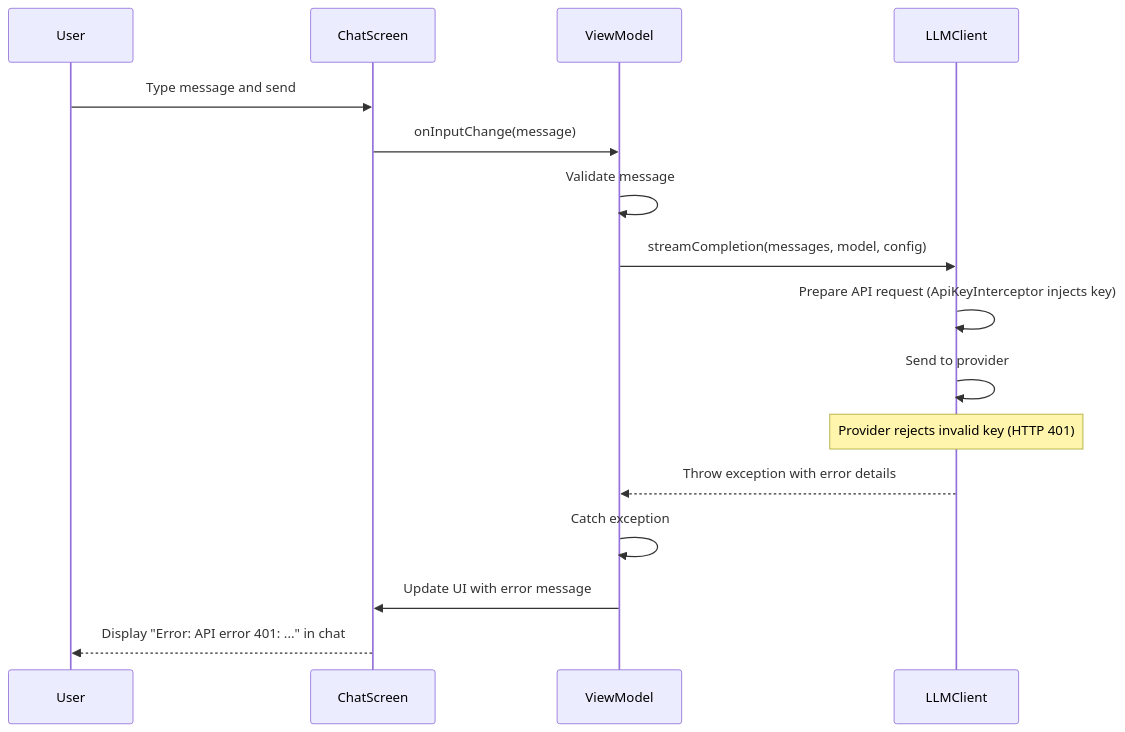
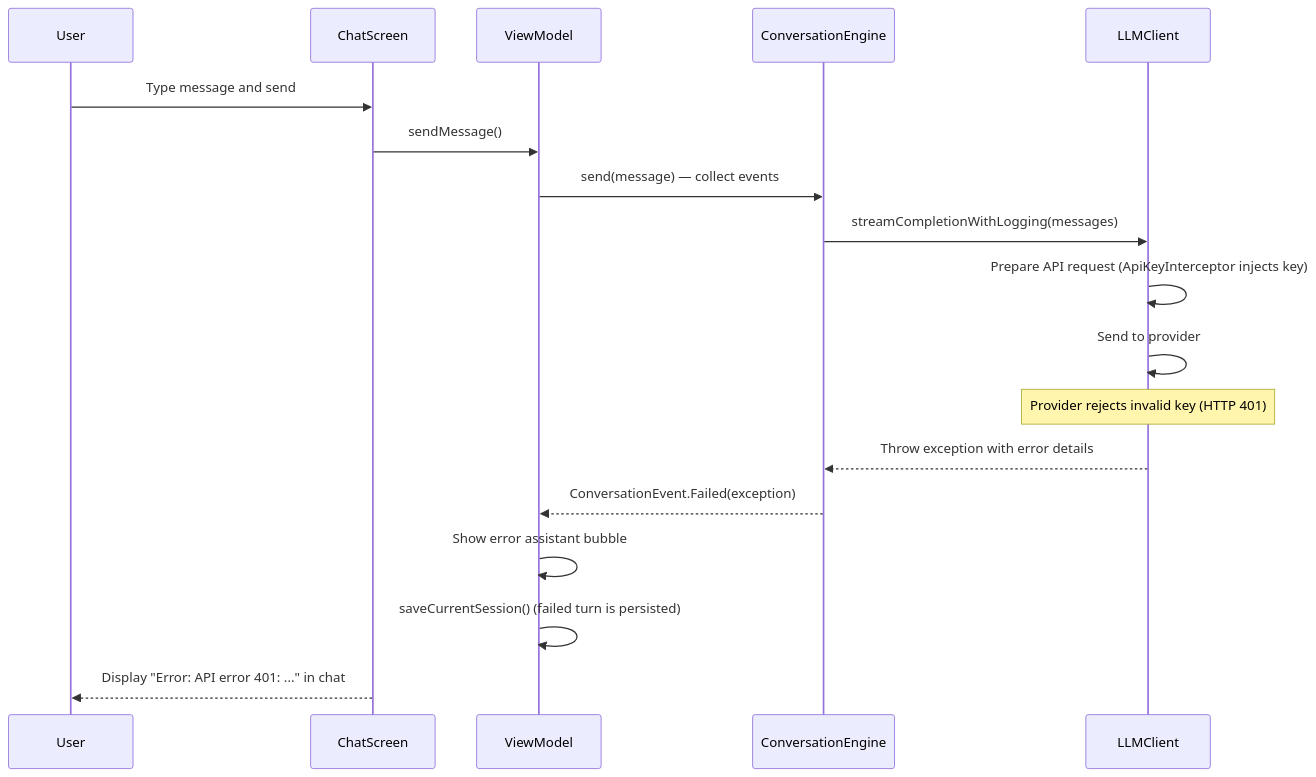
One commit to lehoang318/buddy changed the ninth of 11 diagrams in docs/seq_chat.md. Above: the diagram before and after it, drawn with Mermaid. The commit also changed other lines of this file and 11 other files, not shown here.

````diff
--- a/docs/seq_chat.md
+++ b/docs/seq_chat.md
@@ -280,19 +289,21 @@
 ```mermaid
 sequenceDiagram
     participant User
     participant ChatScreen
     participant ViewModel
+    participant Engine as ConversationEngine
     participant LLMClient
 
     User->>ChatScreen: Type message and send
-    ChatScreen->>ViewModel: onInputChange(message)
-    ViewModel->>ViewModel: Validate message
-    ViewModel->>LLMClient: streamCompletion(messages, model, config)
+    ChatScreen->>ViewModel: sendMessage()
+    ViewModel->>Engine: send(message) — collect events
+    Engine->>LLMClient: streamCompletionWithLogging(messages)
     LLMClient->>LLMClient: Prepare API request (ApiKeyInterceptor injects key)
     LLMClient->>LLMClient: Send to provider
     Note over LLMClient: Provider rejects invalid key (HTTP 401)
-    LLMClient-->>ViewModel: Throw exception with error details
-    ViewModel->>ViewModel: Catch exception
-    ViewModel->>ChatScreen: Update UI with error message
+    LLMClient-->>Engine: Throw exception with error details
+    Engine-->>ViewModel: ConversationEvent.Failed(exception)
+    ViewModel->>ViewModel: Show error assistant bubble
+    ViewModel->>ViewModel: saveCurrentSession() (failed turn is persisted)
     ChatScreen-->>User: Display "Error: API error 401: ..." in chat
 ```
````
